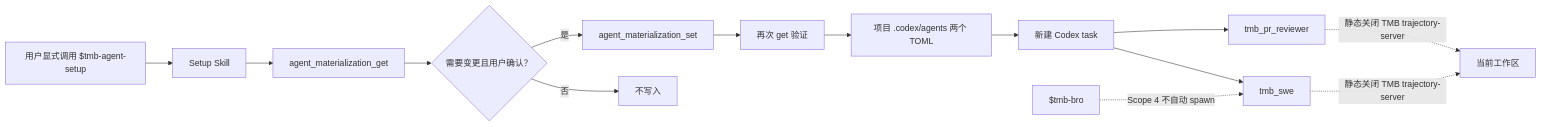
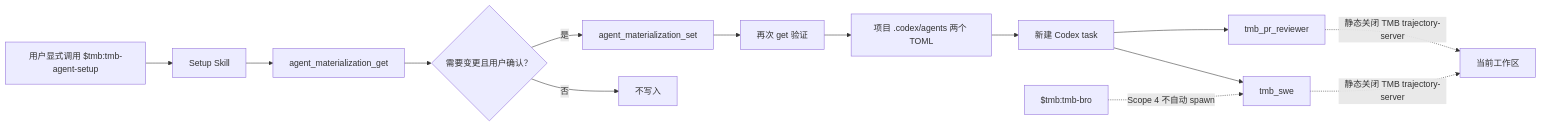
Before and after one commit to trustmybot/plugin: the diagram in docs/adapters/codex/SCOPE_4_PRD.md, drawn with Mermaid. The commit also changed other lines of this file and 21 other files, not shown here.

````diff
--- a/docs/adapters/codex/SCOPE_4_PRD.md
+++ b/docs/adapters/codex/SCOPE_4_PRD.md
@@ -407,16 +417,16 @@
 ```mermaid
 flowchart LR
-    U["用户显式调用 $tmb-agent-setup"] --> S["Setup Skill"]
+    U["用户显式调用 $tmb:tmb-agent-setup"] --> S["Setup Skill"]
     S --> G["agent_materialization_get"]
     G --> C{"需要变更且用户确认？"}
     C -->|否| X["不写入"]
     C -->|是| M["agent_materialization_set"]
     M --> V["再次 get 验证"]
     V --> F["项目 .codex/agents 两个 TOML"]
     F --> N["新建 Codex task"]
     N --> SWE["tmb_swe"]
     N --> REV["tmb_pr_reviewer"]
     SWE -. "静态关闭 TMB trajectory-server" .-> W["当前工作区"]
     REV -. "静态关闭 TMB trajectory-server" .-> W
-    BRO["$tmb-bro"] -. "Scope 4 不自动 spawn" .-> SWE
+    BRO["$tmb:tmb-bro"] -. "Scope 4 不自动 spawn" .-> SWE
 ```
````
